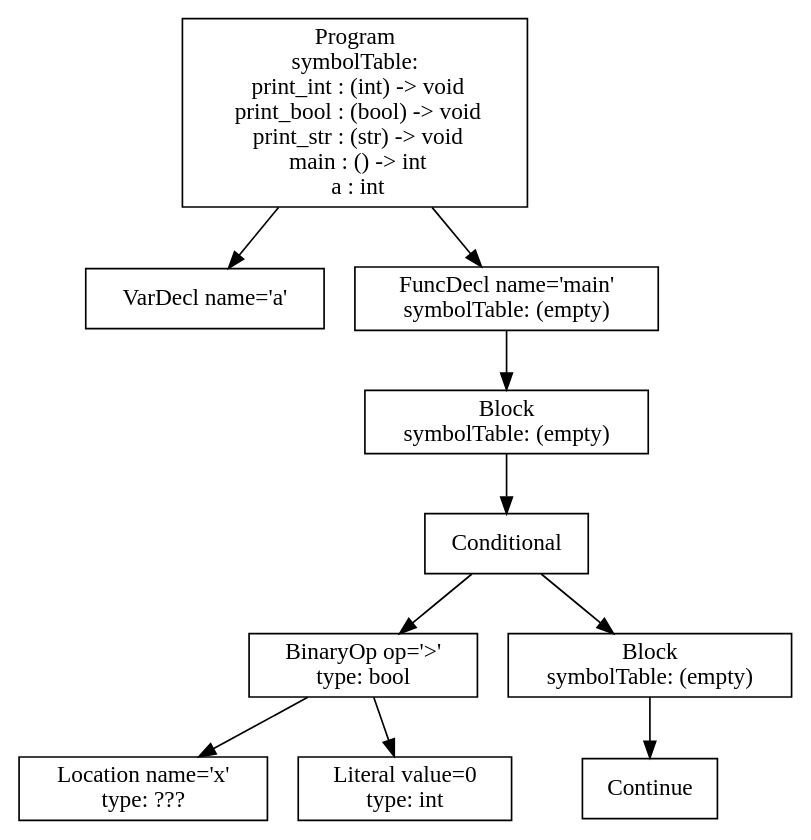
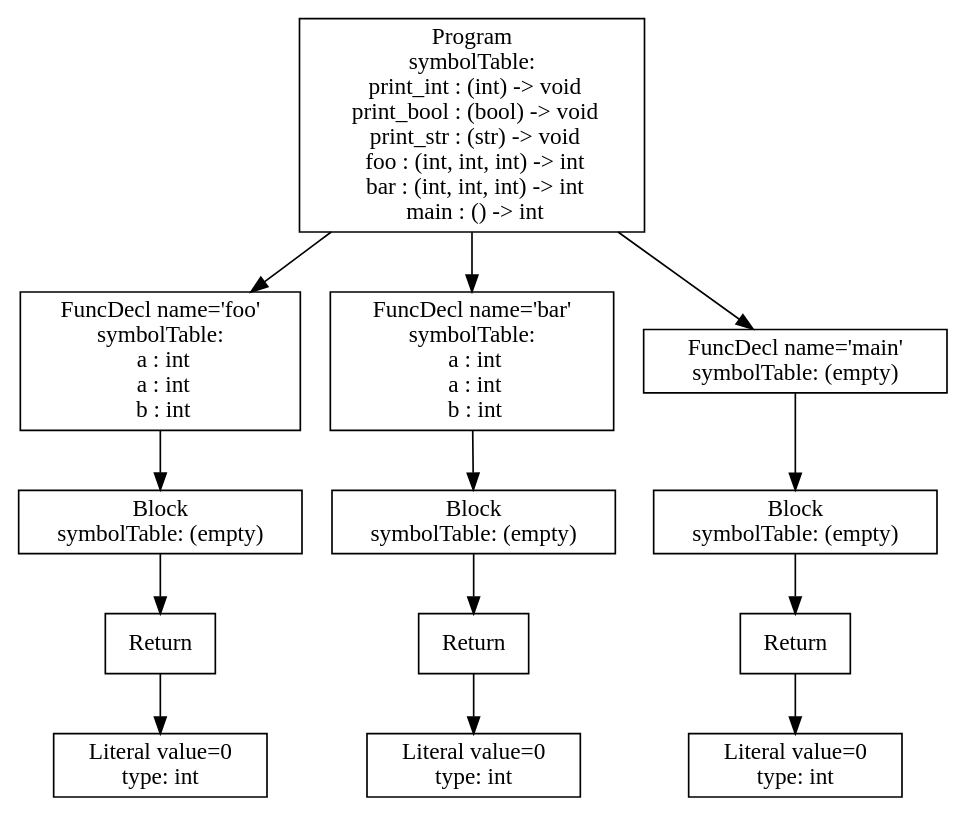
One commit to atrim11/CS432 changed the diagram in p3-analysis/tree.dot. Above: the diagram before and after it, drawn with Graphviz. The commit also changed 46 other files, not shown here.

```diff
--- a/p3-analysis/tree.dot
+++ b/p3-analysis/tree.dot
@@ -1,21 +1,27 @@
 digraph AST {
-1 [shape=box, label="VarDecl name='a'"];
-6 [shape=box, label="Location name='x'\ntype: ???"];
-7 [shape=box, label="Literal value=0\ntype: int"];
-5 [shape=box, label="BinaryOp op='>'\ntype: bool"];
+4 [shape=box, label="Literal value=0\ntype: int"];
+3 [shape=box, label="Return"];
+3 -> 4;
+2 [shape=box, label="Block\nsymbolTable: (empty)"];
+2 -> 3;
+1 [shape=box, label="FuncDecl name='foo'\nsymbolTable: \n  a : int\n  a : int\n  b : int"];
+1 -> 2;
+8 [shape=box, label="Literal value=0\ntype: int"];
+7 [shape=box, label="Return"];
+7 -> 8;
+6 [shape=box, label="Block\nsymbolTable: (empty)"];
+6 -> 7;
+5 [shape=box, label="FuncDecl name='bar'\nsymbolTable: \n  a : int\n  a : int\n  b : int"];
 5 -> 6;
-5 -> 7;
-9 [shape=box, label="Continue"];
-8 [shape=box, label="Block\nsymbolTable: (empty)"];
-8 -> 9;
-4 [shape=box, label="Conditional"];
-4 -> 5;
-4 -> 8;
-3 [shape=box, label="Block\nsymbolTable: (empty)"];
-3 -> 4;
-2 [shape=box, label="FuncDecl name='main'\nsymbolTable: (empty)"];
-2 -> 3;
-0 [shape=box, label="Program\nsymbolTable: \n  print_int : (int) -> void\n  print_bool : (bool) -> void\n  print_str : (str) -> void\n  main : () -> int\n  a : int"];
+12 [shape=box, label="Literal value=0\ntype: int"];
+11 [shape=box, label="Return"];
+11 -> 12;
+10 [shape=box, label="Block\nsymbolTable: (empty)"];
+10 -> 11;
+9 [shape=box, label="FuncDecl name='main'\nsymbolTable: (empty)"];
+9 -> 10;
+0 [shape=box, label="Program\nsymbolTable: \n  print_int : (int) -> void\n  print_bool : (bool) -> void\n  print_str : (str) -> void\n  foo : (int, int, int) -> int\n  bar : (int, int, int) -> int\n  main : () -> int"];
 0 -> 1;
-0 -> 2;
+0 -> 5;
+0 -> 9;
 }
```
